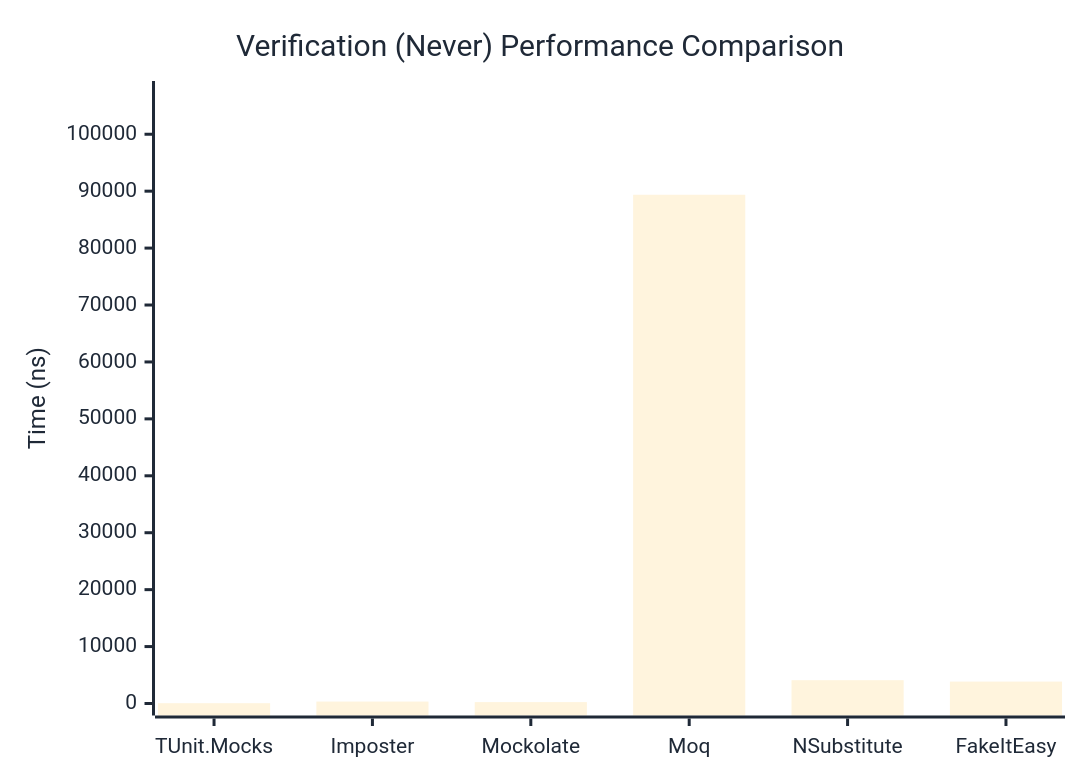
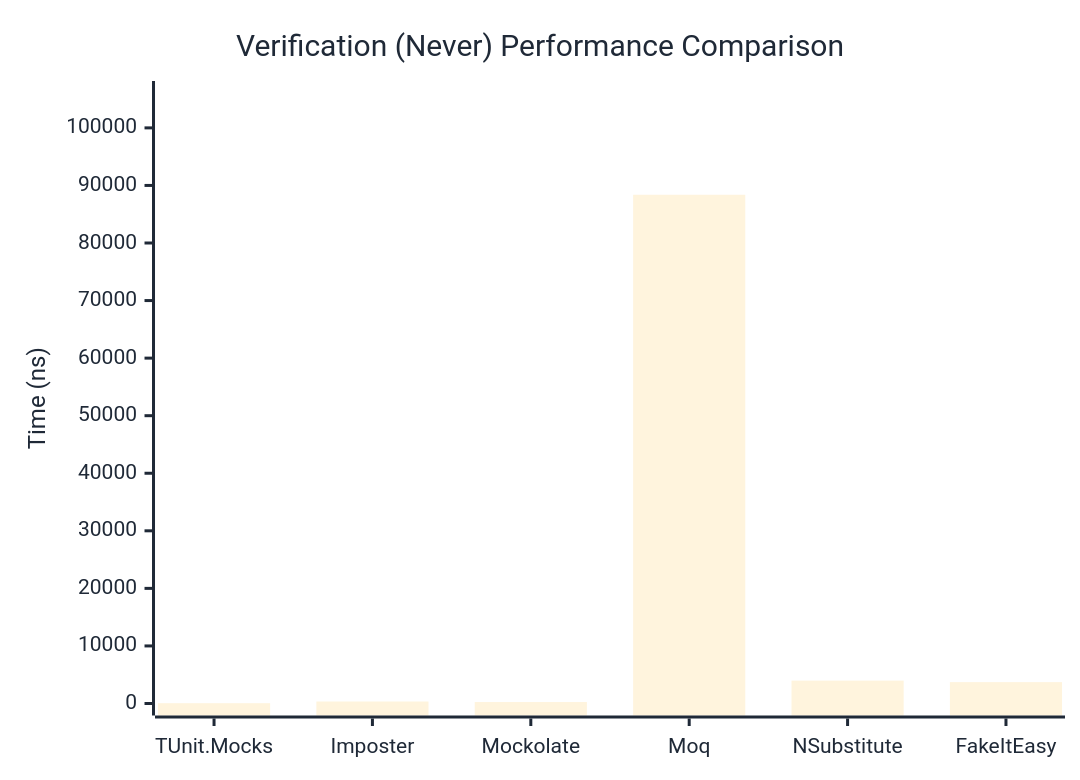
One commit to thomhurst/TUnit changed the second of 3 diagrams in docs/docs/benchmarks/mocks/Verification.md. Above: the diagram before and after it, drawn with Mermaid. The commit also changed other lines of this file and 14 other files, not shown here.

````diff
--- a/docs/docs/benchmarks/mocks/Verification.md
+++ b/docs/docs/benchmarks/mocks/Verification.md
@@ -71,27 +71,27 @@
 ```mermaid
 %%{init: {
   'theme':'base',
   'themeVariables': {
     'primaryColor': '#2563eb',
     'primaryTextColor': '#1f2937',
     'primaryBorderColor': '#1e40af',
     'lineColor': '#6b7280',
     'secondaryColor': '#7c3aed',
     'tertiaryColor': '#dc2626',
     'background': '#ffffff',
     'pie1': '#2563eb',
     'pie2': '#7c3aed',
     'pie3': '#dc2626',
     'pie4': '#f59e0b',
     'pie5': '#10b981',
     'pie6': '#06b6d4',
     'pie7': '#ec4899',
     'pie8': '#6366f1'
   }
 }}%%
 xychart-beta
   title "Verification (Never) Performance Comparison"
   x-axis ["TUnit.Mocks", "Imposter", "Mockolate", "Moq", "NSubstitute", "FakeItEasy"]
-  y-axis "Time (ns)" 0 --> 107245
-  bar [54.62, 342.61, 242.61, 89370.83, 4094.2, 3850.39]
+  y-axis "Time (ns)" 0 --> 106059
+  bar [54.43, 346.03, 254.79, 88382.32, 3976.05, 3712.09]
 ```
````
